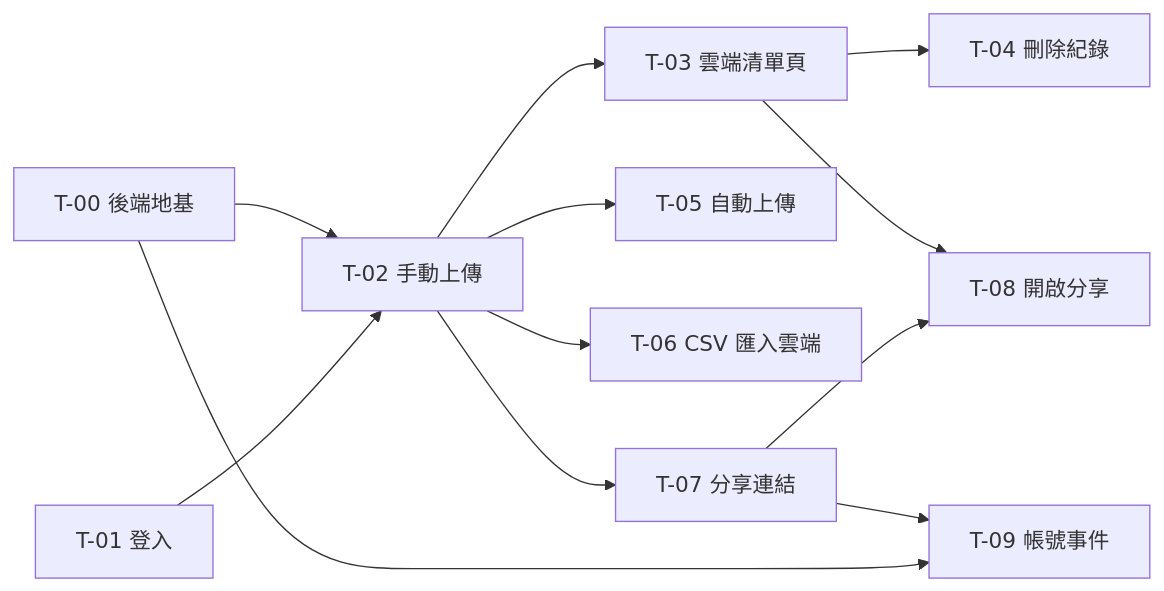
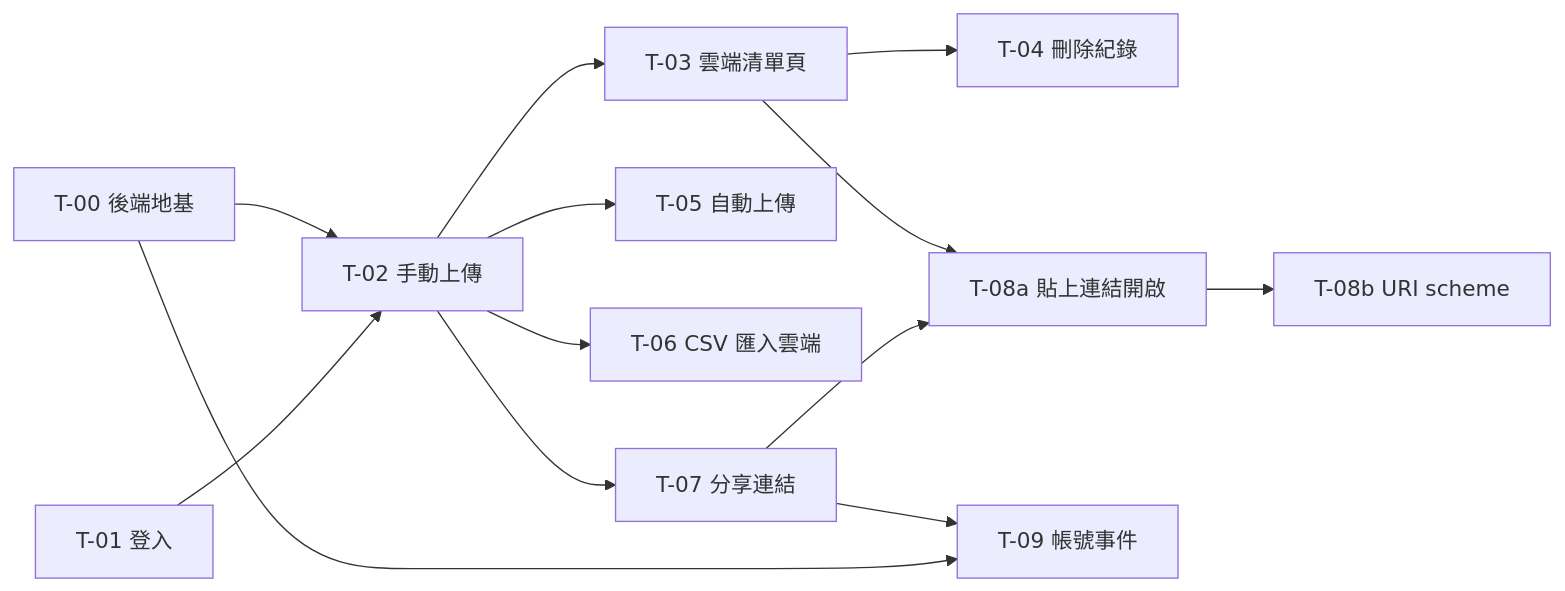
Before and after one commit to willy1236/osu_beatmap_storage: the diagram in docs/tickets/cloud-beatmap-sync.md, drawn with Mermaid. The commit also changed other lines of this file, not shown here.

````diff
--- a/docs/tickets/cloud-beatmap-sync.md
+++ b/docs/tickets/cloud-beatmap-sync.md
@@ -47,11 +48,12 @@
 ```mermaid
 flowchart LR
   T00[T-00 後端地基] --> T02
   T01[T-01 登入] --> T02[T-02 手動上傳]
   T02 --> T03[T-03 雲端清單頁] & T05[T-05 自動上傳] & T06[T-06 CSV 匯入雲端] & T07[T-07 分享連結]
   T03 --> T04[T-04 刪除紀錄]
-  T03 --> T08[T-08 開啟分享]
+  T03 --> T08[T-08a 貼上連結開啟]
   T07 --> T08
+  T08 --> T08b[T-08b URI scheme]
   T07 --> T09[T-09 帳號事件]
   T00 --> T09
 ```
````
